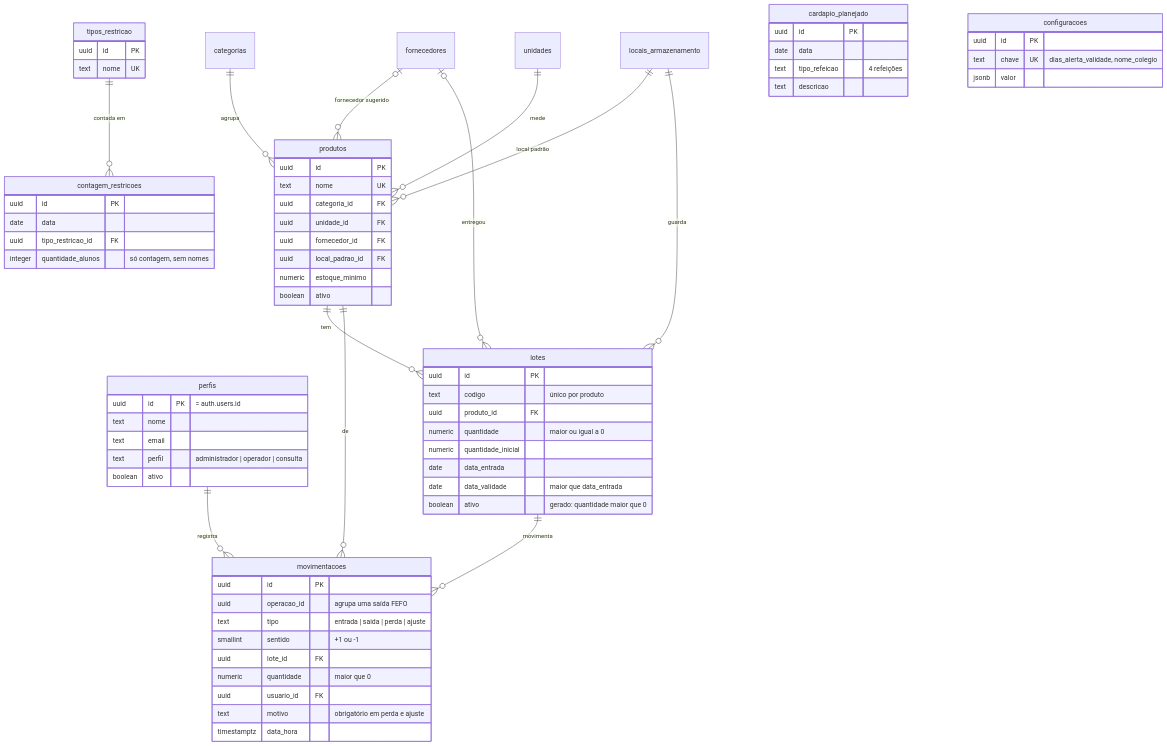
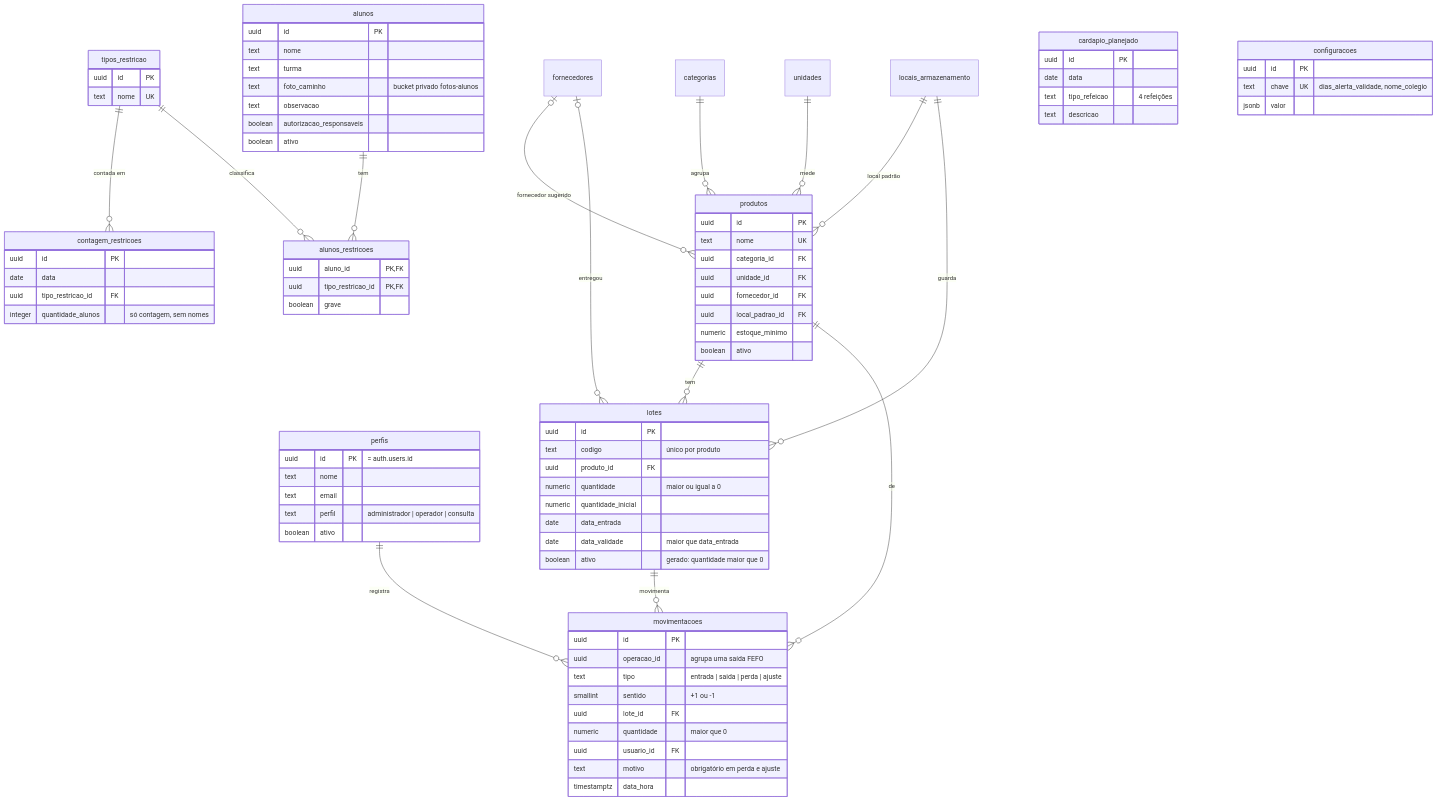
Before and after one commit to estoqueescolar/EstoqueEscola: the first of 4 diagrams in docs/diagramas/README.md, drawn with Mermaid. The commit also changed 8 other files, not shown here.

First line of the commit message:
feat: tabelas de alunos e restrições por aluno, bucket privado de fotos e RLS

```diff
--- a/docs/diagramas/README.md
+++ b/docs/diagramas/README.md
@@ -17,6 +17,8 @@
     lotes ||--o{ movimentacoes : "movimenta"
     produtos ||--o{ movimentacoes : "de"
     tipos_restricao ||--o{ contagem_restricoes : "contada em"
+    alunos ||--o{ alunos_restricoes : "tem"
+    tipos_restricao ||--o{ alunos_restricoes : "classifica"
 
     perfis {
         uuid id PK "= auth.users.id"
@@ -72,6 +74,20 @@
         uuid tipo_restricao_id FK
         integer quantidade_alunos "só contagem, sem nomes"
     }
+    alunos {
+        uuid id PK
+        text nome
+        text turma
+        text foto_caminho "bucket privado fotos-alunos"
+        text observacao
+        boolean autorizacao_responsaveis
+        boolean ativo
+    }
+    alunos_restricoes {
+        uuid aluno_id PK,FK
+        uuid tipo_restricao_id PK,FK
+        boolean grave
+    }
     configuracoes {
         uuid id PK
         text chave UK "dias_alerta_validade, nome_colegio"
```
